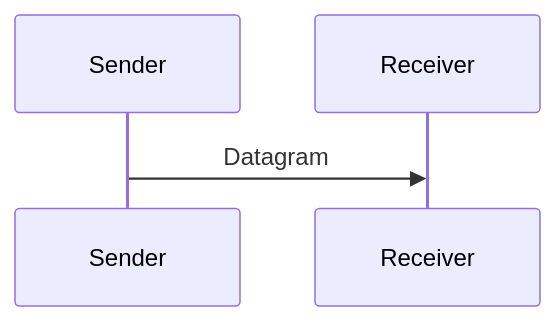
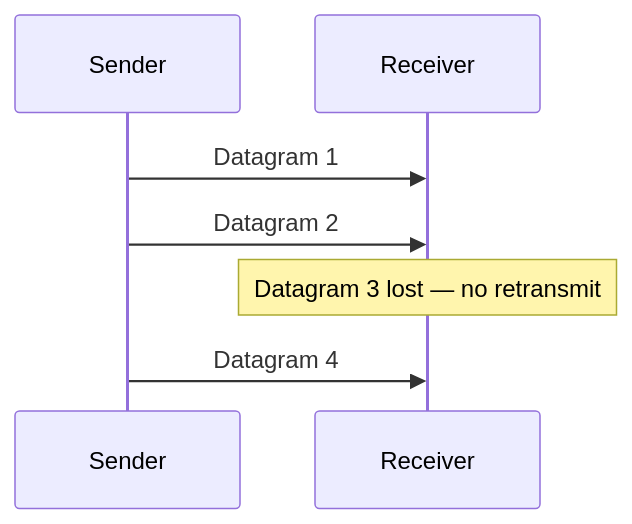
Before and after one commit to grafanaKibana/devbook.zip: the diagram in Vault/Software Engineering/04 Networks/Transport & Sockets/UDP.md, drawn with Mermaid. The commit also changed other lines of this file and 25 other files, not shown here.

````diff
--- a/Vault/Software Engineering/04 Networks/Transport & Sockets/UDP.md
+++ b/Vault/Software Engineering/04 Networks/Transport & Sockets/UDP.md
@@ -24,7 +20,10 @@
 ```mermaid
 sequenceDiagram
   participant Sender
   participant Receiver
 
-  Sender->>Receiver: Datagram
+  Sender->>Receiver: Datagram 1
+  Sender->>Receiver: Datagram 2
+  Note over Receiver: Datagram 3 lost — no retransmit
+  Sender->>Receiver: Datagram 4
 ```
````
